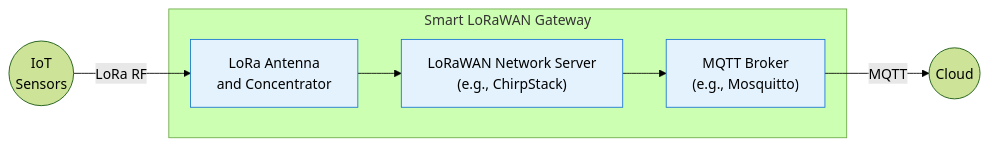
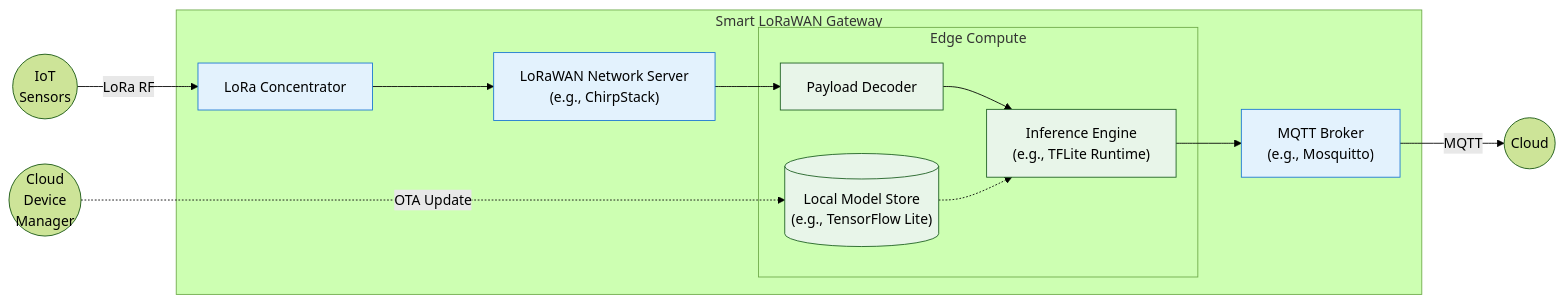
The third of 4 diagrams in docs/architecture-diagrams.md (aydanthompson/smart-agrifarming-is), drawn with Mermaid (forest theme) before and after one commit. The commit also changed other lines of this file, not shown here.

Commit message:
Updated smart LoRaWAN gateway with OTA updates

````diff
--- a/docs/architecture-diagrams.md
+++ b/docs/architecture-diagrams.md
@@ -109,19 +111,31 @@
 ```mermaid
 flowchart LR
     subgraph gateway["Smart LoRaWAN Gateway"]
-        radio["LoRa Antenna<br>and Concentrator"]
+        radio["LoRa Concentrator"]
         lns["LoRaWAN Network Server<br>(e.g., ChirpStack)"]
+
+        subgraph edge_compute["Edge Compute"]
+            decoder["Payload Decoder"]
+            inference["Inference Engine<br>(e.g., TFLite Runtime)"]
+            model_store[("Local Model Store<br>(e.g., TensorFlow Lite)")]
+        end
+
         broker["MQTT Broker<br>(e.g., Mosquitto)"]
-
-        radio --> lns
-        lns --> broker
     end
 
     sensors((IoT<br>Sensors)) -->|LoRa RF| radio
+    radio --> lns
+    lns --> decoder
+    decoder --> inference
+    model_store -.-> inference
+    inference --> broker
+    cloud_manager(("Cloud<br>Device<br>Manager")) -...->|"OTA Update"| model_store
     broker -->|MQTT| cloud((Cloud))
 
 
     classDef gatewayStyle fill:#e3f2fd,stroke:#1976d2,color:#000
+    classDef aiStyle fill:#e8f5e9,stroke:#1b5e20,color:#000
 
     class radio,lns,broker gatewayStyle
+    class decoder,inference,model_store aiStyle
 ```
````
